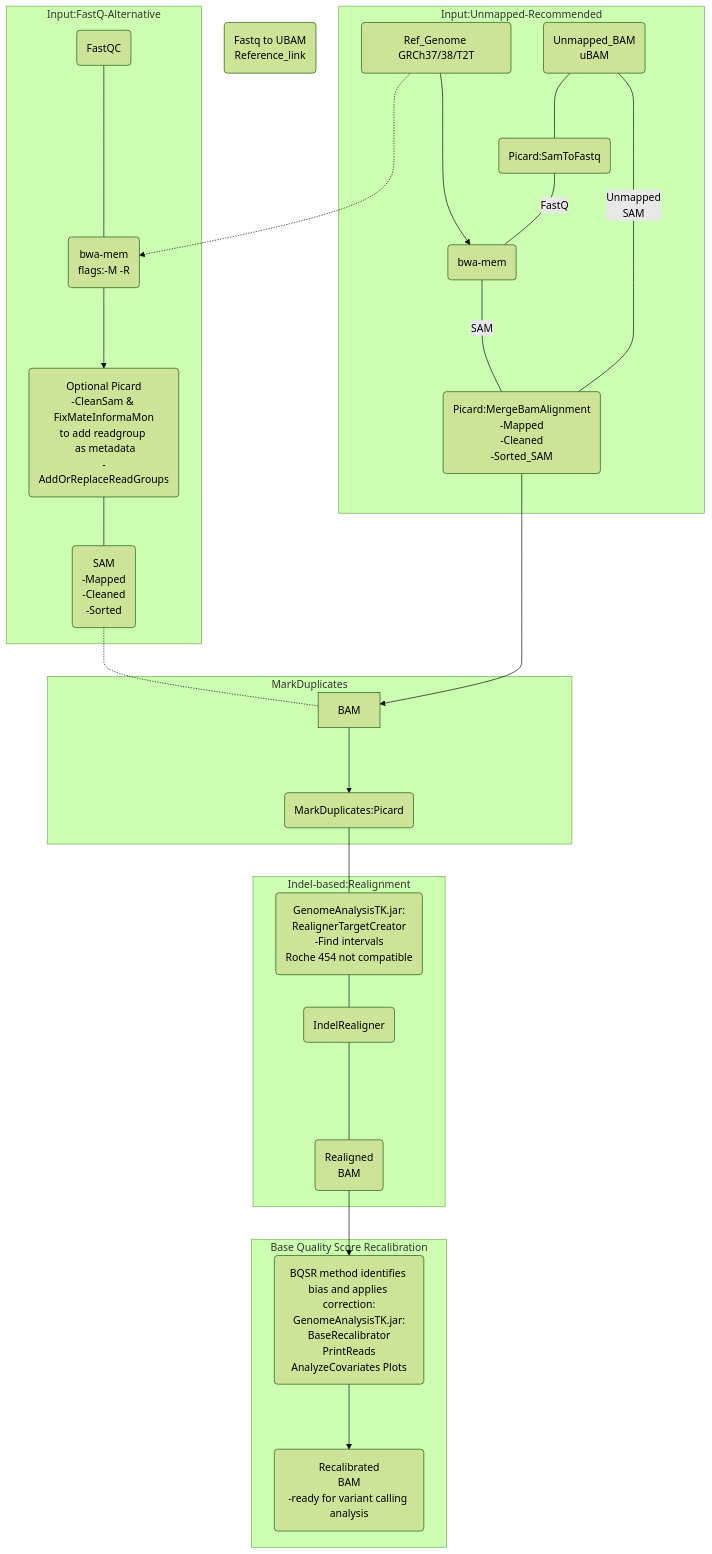
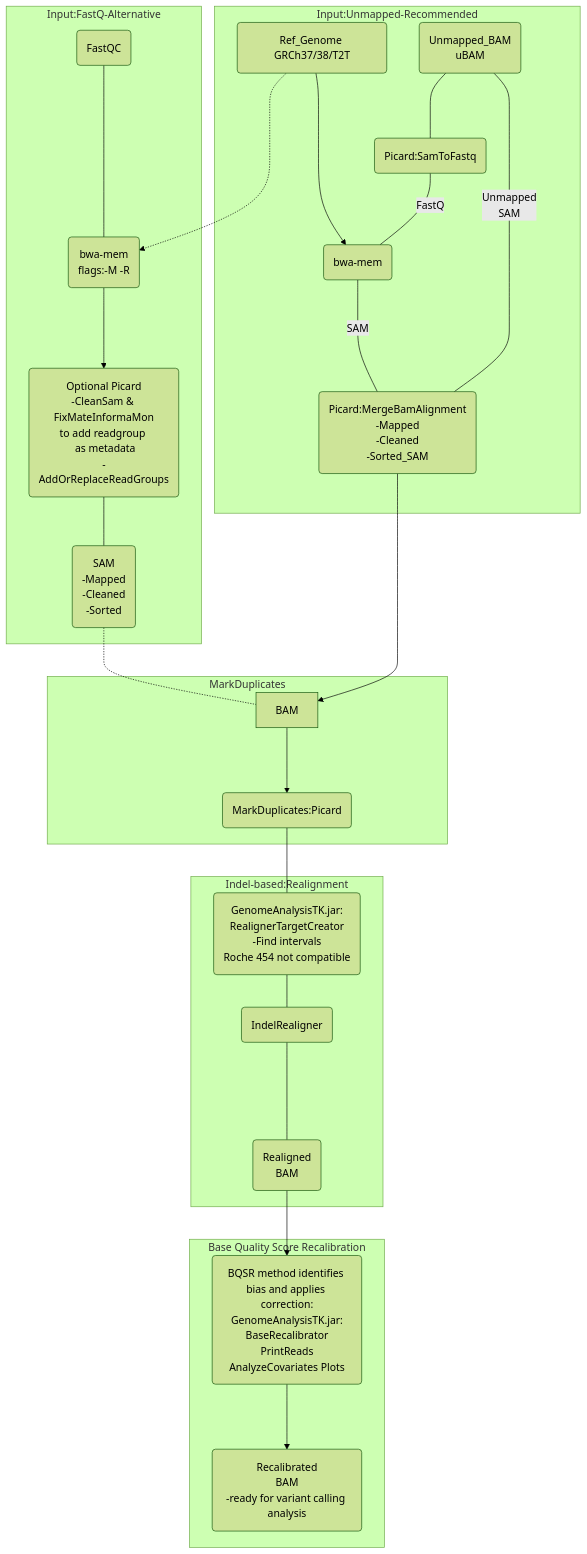
The diagram in 1_Mapping&Preprocessing_GATK.md (sergiolitwiniuk85/GATK-best-practices-VC-pipe), drawn with Mermaid (forest theme) before and after one commit. The commit also changed other lines of this file, not shown here.

````diff
--- a/1_Mapping&Preprocessing_GATK.md
+++ b/1_Mapping&Preprocessing_GATK.md
@@ -1,61 +15,57 @@
 ```mermaid
 
 
 flowchart TD;
 
     subgraph Input:Unmapped-Recommended
     ref----> bam_output
     UM(Unmapped_BAM\nuBAM)----pi(Picard:SamToFastq)--FastQ---bam_output(bwa-mem)--SAM----pik(Picard:MergeBamAlignment\n-Mapped\n-Cleaned\n-Sorted_SAM)
     
     UM --Unmapped\nSAM---- pik
     end
 
 
 
     subgraph Input:FastQ-Alternative
     ref(Ref_Genome GRCh37/38/T2T)
     fastqc(FastQC)-----bwa
         ref-.-> bwa(bwa-mem\nflags:-M -R)--->picard(Optional Picard\n-CleanSam & FixMateInformaMon\nto add readgroup \n as metadata\n-AddOrReplaceReadGroups)
         
            
         picard---sam_compress(SAM\n-Mapped\n-Cleaned\n-Sorted)
     end
 
 
     sam_compress -.- BAM
     pik ---> BAM
 
 
 
     subgraph MarkDuplicates
     BAM ---> Mark(MarkDuplicates:Picard)
     end
 
 
 
 
     subgraph Indel-based:Realignment
         Mark---rtc(GenomeAnalysisTK.jar:\nRealignerTargetCreator\n-Find intervals\nRoche 454 not compatible)
 
         rtc ---ir(IndelRealigner)-----r_out(Realigned\nBAM)
     end
 
 
 
     subgraph Base Quality Score Recalibration
         r_out --> r(BQSR method identifies bias and applies correction:\nGenomeAnalysisTK.jar:\nBaseRecalibrator\nPrintReads\nAnalyzeCovariates Plots)
         r--->rc(Recalibrated\nBAM\n-ready for variant calling analysis)
     end
 
-%%useful_links:
-fastq_to_UBAM(Fastq to UBAM\nReference_link)
-    click fastq_to_UBAM href "https://gatk.broadinstitute.org/hc/en-us/articles/4403687183515--How-to-Generate-an-unmapped-BAM-from-FASTQ-or-aligned-BAM"
-
 %%Comment: GATK recommends using uBAM instead of fastQ as it can support metadata (RG,)
 
 
 
 
 
 
 ```
````
